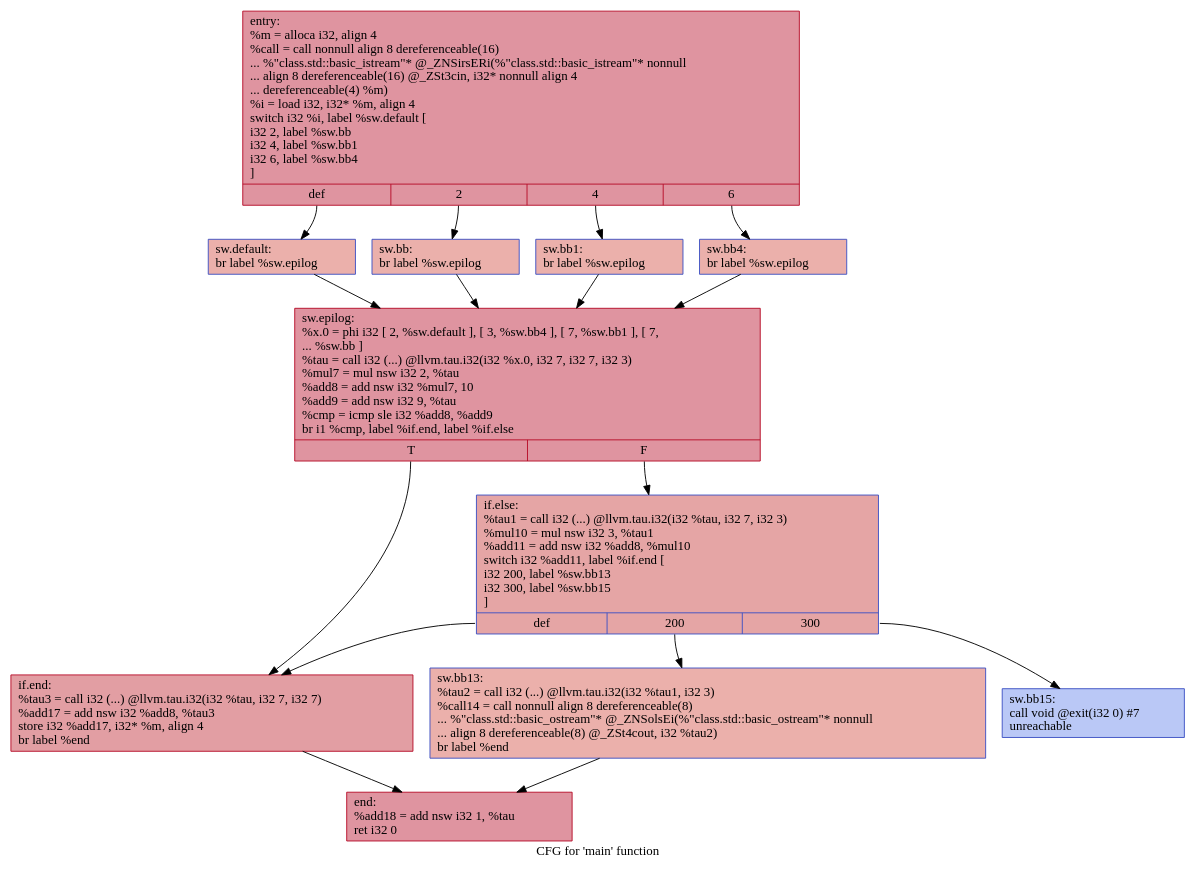
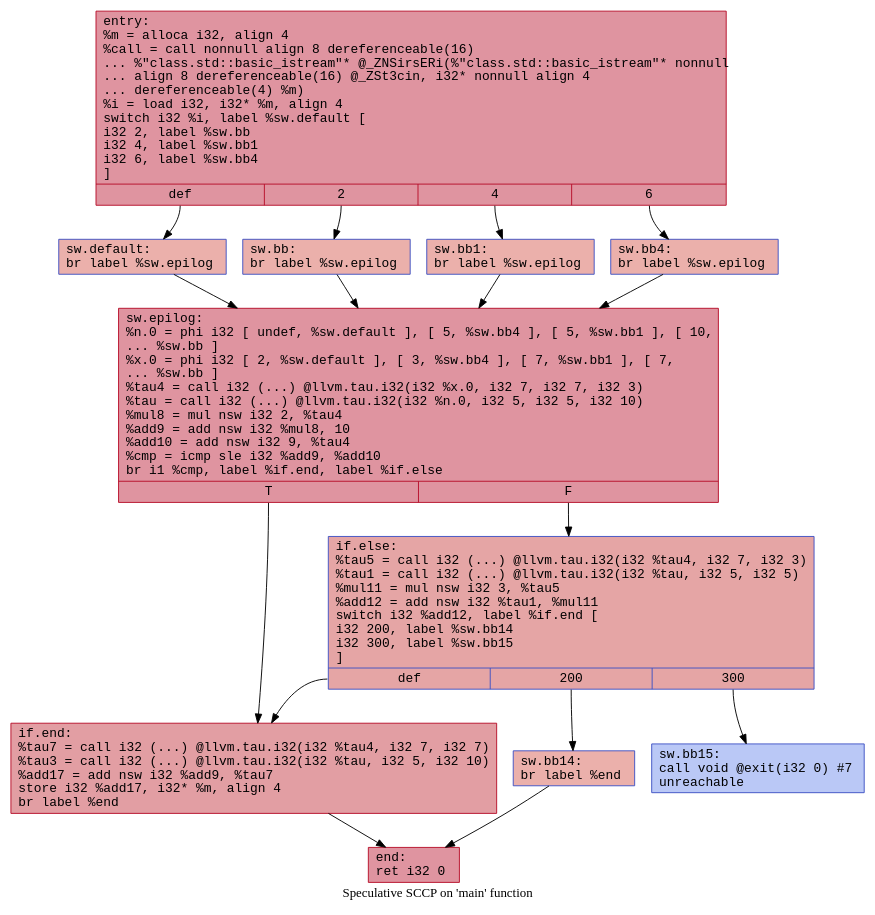
Before and after one commit to HPSSA-LLVM/HPSSA-LLVM: the diagram in IR/cfg/specSCCP_HPSSA.dot, drawn with Graphviz. The commit also changed 42 other files, not shown here.

```diff
--- a/IR/cfg/specSCCP_HPSSA.dot
+++ b/IR/cfg/specSCCP_HPSSA.dot
@@ -1,30 +1,31 @@
 digraph "CFG for 'main' function" {
-	label="CFG for 'main' function";
-
-	Node0x55d202d84210 [shape=record,color="#b70d28ff", style=filled, fillcolor="#b70d2870",label="{entry:\l  %m = alloca i32, align 4\l  %call = call nonnull align 8 dereferenceable(16)\l... %\"class.std::basic_istream\"* @_ZNSirsERi(%\"class.std::basic_istream\"* nonnull\l... align 8 dereferenceable(16) @_ZSt3cin, i32* nonnull align 4\l... dereferenceable(4) %m)\l  %i = load i32, i32* %m, align 4\l  switch i32 %i, label %sw.default [\l    i32 2, label %sw.bb\l    i32 4, label %sw.bb1\l    i32 6, label %sw.bb4\l  ]\l|{<s0>def|<s1>2|<s2>4|<s3>6}}"];
-	Node0x55d202d84210:s0 -> Node0x55d202d84650;
-	Node0x55d202d84210:s1 -> Node0x55d202d84760;
-	Node0x55d202d84210:s2 -> Node0x55d202d84860;
-	Node0x55d202d84210:s3 -> Node0x55d202d84960;
-	Node0x55d202d84760 [shape=record,color="#3d50c3ff", style=filled, fillcolor="#d24b4070",label="{sw.bb:                                            \l  br label %sw.epilog\l}"];
-	Node0x55d202d84760 -> Node0x55d202d84a80;
-	Node0x55d202d84860 [shape=record,color="#3d50c3ff", style=filled, fillcolor="#d24b4070",label="{sw.bb1:                                           \l  br label %sw.epilog\l}"];
-	Node0x55d202d84860 -> Node0x55d202d84a80;
-	Node0x55d202d84960 [shape=record,color="#3d50c3ff", style=filled, fillcolor="#d24b4070",label="{sw.bb4:                                           \l  br label %sw.epilog\l}"];
-	Node0x55d202d84960 -> Node0x55d202d84a80;
-	Node0x55d202d84650 [shape=record,color="#3d50c3ff", style=filled, fillcolor="#d24b4070",label="{sw.default:                                       \l  br label %sw.epilog\l}"];
-	Node0x55d202d84650 -> Node0x55d202d84a80;
-	Node0x55d202d84a80 [shape=record,color="#b70d28ff", style=filled, fillcolor="#b70d2870",label="{sw.epilog:                                        \l  %x.0 = phi i32 [ 2, %sw.default ], [ 3, %sw.bb4 ], [ 7, %sw.bb1 ], [ 7,\l... %sw.bb ]\l  %tau = call i32 (...) @llvm.tau.i32(i32 %x.0, i32 7, i32 7, i32 3)\l  %mul7 = mul nsw i32 2, %tau\l  %add8 = add nsw i32 %mul7, 10\l  %add9 = add nsw i32 9, %tau\l  %cmp = icmp sle i32 %add8, %add9\l  br i1 %cmp, label %if.end, label %if.else\l|{<s0>T|<s1>F}}"];
-	Node0x55d202d84a80:s0 -> Node0x55d202d85530;
-	Node0x55d202d84a80:s1 -> Node0x55d202d855a0;
-	Node0x55d202d855a0 [shape=record,color="#3d50c3ff", style=filled, fillcolor="#c5333470",label="{if.else:                                          \l  %tau1 = call i32 (...) @llvm.tau.i32(i32 %tau, i32 7, i32 3)\l  %mul10 = mul nsw i32 3, %tau1\l  %add11 = add nsw i32 %add8, %mul10\l  switch i32 %add11, label %if.end [\l    i32 200, label %sw.bb13\l    i32 300, label %sw.bb15\l  ]\l|{<s0>def|<s1>200|<s2>300}}"];
-	Node0x55d202d855a0:s0 -> Node0x55d202d85530;
-	Node0x55d202d855a0:s1 -> Node0x55d202d858c0;
-	Node0x55d202d855a0:s2 -> Node0x55d202d85960;
-	Node0x55d202d858c0 [shape=record,color="#3d50c3ff", style=filled, fillcolor="#d24b4070",label="{sw.bb13:                                          \l  %tau2 = call i32 (...) @llvm.tau.i32(i32 %tau1, i32 3)\l  %call14 = call nonnull align 8 dereferenceable(8)\l... %\"class.std::basic_ostream\"* @_ZNSolsEi(%\"class.std::basic_ostream\"* nonnull\l... align 8 dereferenceable(8) @_ZSt4cout, i32 %tau2)\l  br label %end\l}"];
-	Node0x55d202d858c0 -> Node0x55d202d85e90;
-	Node0x55d202d85960 [shape=record,color="#3d50c3ff", style=filled, fillcolor="#6282ea70",label="{sw.bb15:                                          \l  call void @exit(i32 0) #7\l  unreachable\l}"];
-	Node0x55d202d85530 [shape=record,color="#b70d28ff", style=filled, fillcolor="#be242e70",label="{if.end:                                           \l  %tau3 = call i32 (...) @llvm.tau.i32(i32 %tau, i32 7, i32 7)\l  %add17 = add nsw i32 %add8, %tau3\l  store i32 %add17, i32* %m, align 4\l  br label %end\l}"];
-	Node0x55d202d85530 -> Node0x55d202d85e90;
-	Node0x55d202d85e90 [shape=record,color="#b70d28ff", style=filled, fillcolor="#b70d2870",label="{end:                                              \l  %add18 = add nsw i32 1, %tau\l  ret i32 0\l}"];
+	label="Speculative SCCP on 'main' function";
+	node [fontname="Courier"];
+	edge [fontname="Courier"];
+	Node0x5643e73b2090 [shape=record,color="#b70d28ff", style=filled, fillcolor="#b70d2870",label="{entry:\l  %m = alloca i32, align 4\l  %call = call nonnull align 8 dereferenceable(16)\l... %\"class.std::basic_istream\"* @_ZNSirsERi(%\"class.std::basic_istream\"* nonnull\l... align 8 dereferenceable(16) @_ZSt3cin, i32* nonnull align 4\l... dereferenceable(4) %m)\l  %i = load i32, i32* %m, align 4\l  switch i32 %i, label %sw.default [\l    i32 2, label %sw.bb\l    i32 4, label %sw.bb1\l    i32 6, label %sw.bb4\l  ]\l|{<s0>def|<s1>2|<s2>4|<s3>6}}"];
+	Node0x5643e73b2090:s0 -> Node0x5643e73b24d0;
+	Node0x5643e73b2090:s1 -> Node0x5643e73b25e0;
+	Node0x5643e73b2090:s2 -> Node0x5643e73b26e0;
+	Node0x5643e73b2090:s3 -> Node0x5643e73b27e0;
+	Node0x5643e73b25e0 [shape=record,color="#3d50c3ff", style=filled, fillcolor="#d24b4070",label="{sw.bb:                                            \l  br label %sw.epilog\l}"];
+	Node0x5643e73b25e0 -> Node0x5643e73b2900;
+	Node0x5643e73b26e0 [shape=record,color="#3d50c3ff", style=filled, fillcolor="#d24b4070",label="{sw.bb1:                                           \l  br label %sw.epilog\l}"];
+	Node0x5643e73b26e0 -> Node0x5643e73b2900;
+	Node0x5643e73b27e0 [shape=record,color="#3d50c3ff", style=filled, fillcolor="#d24b4070",label="{sw.bb4:                                           \l  br label %sw.epilog\l}"];
+	Node0x5643e73b27e0 -> Node0x5643e73b2900;
+	Node0x5643e73b24d0 [shape=record,color="#3d50c3ff", style=filled, fillcolor="#d24b4070",label="{sw.default:                                       \l  br label %sw.epilog\l}"];
+	Node0x5643e73b24d0 -> Node0x5643e73b2900;
+	Node0x5643e73b2900 [shape=record,color="#b70d28ff", style=filled, fillcolor="#b70d2870",label="{sw.epilog:                                        \l  %n.0 = phi i32 [ undef, %sw.default ], [ 5, %sw.bb4 ], [ 5, %sw.bb1 ], [ 10,\l... %sw.bb ]\l  %x.0 = phi i32 [ 2, %sw.default ], [ 3, %sw.bb4 ], [ 7, %sw.bb1 ], [ 7,\l... %sw.bb ]\l  %tau4 = call i32 (...) @llvm.tau.i32(i32 %x.0, i32 7, i32 7, i32 3)\l  %tau = call i32 (...) @llvm.tau.i32(i32 %n.0, i32 5, i32 5, i32 10)\l  %mul8 = mul nsw i32 2, %tau4\l  %add9 = add nsw i32 %mul8, 10\l  %add10 = add nsw i32 9, %tau4\l  %cmp = icmp sle i32 %add9, %add10\l  br i1 %cmp, label %if.end, label %if.else\l|{<s0>T|<s1>F}}"];
+	Node0x5643e73b2900:s0 -> Node0x5643e73b3aa0;
+	Node0x5643e73b2900:s1 -> Node0x5643e73b3b10;
+	Node0x5643e73b3b10 [shape=record,color="#3d50c3ff", style=filled, fillcolor="#c5333470",label="{if.else:                                          \l  %tau5 = call i32 (...) @llvm.tau.i32(i32 %tau4, i32 7, i32 3)\l  %tau1 = call i32 (...) @llvm.tau.i32(i32 %tau, i32 5, i32 5)\l  %mul11 = mul nsw i32 3, %tau5\l  %add12 = add nsw i32 %tau1, %mul11\l  switch i32 %add12, label %if.end [\l    i32 200, label %sw.bb14\l    i32 300, label %sw.bb15\l  ]\l|{<s0>def|<s1>200|<s2>300}}"];
+	Node0x5643e73b3b10:s0 -> Node0x5643e73b3aa0;
+	Node0x5643e73b3b10:s1 -> Node0x5643e73b3ea0;
+	Node0x5643e73b3b10:s2 -> Node0x5643e73b3f40;
+	Node0x5643e73b3ea0 [shape=record,color="#3d50c3ff", style=filled, fillcolor="#d24b4070",label="{sw.bb14:                                          \l  br label %end\l}"];
+	Node0x5643e73b3ea0 -> Node0x5643e73b43f0;
+	Node0x5643e73b3f40 [shape=record,color="#3d50c3ff", style=filled, fillcolor="#6282ea70",label="{sw.bb15:                                          \l  call void @exit(i32 0) #7\l  unreachable\l}"];
+	Node0x5643e73b3aa0 [shape=record,color="#b70d28ff", style=filled, fillcolor="#be242e70",label="{if.end:                                           \l  %tau7 = call i32 (...) @llvm.tau.i32(i32 %tau4, i32 7, i32 7)\l  %tau3 = call i32 (...) @llvm.tau.i32(i32 %tau, i32 5, i32 10)\l  %add17 = add nsw i32 %add9, %tau7\l  store i32 %add17, i32* %m, align 4\l  br label %end\l}"];
+	Node0x5643e73b3aa0 -> Node0x5643e73b43f0;
+	Node0x5643e73b43f0 [shape=record,color="#b70d28ff", style=filled, fillcolor="#b70d2870",label="{end:                                              \l  ret i32 0\l}"];
 }
```
